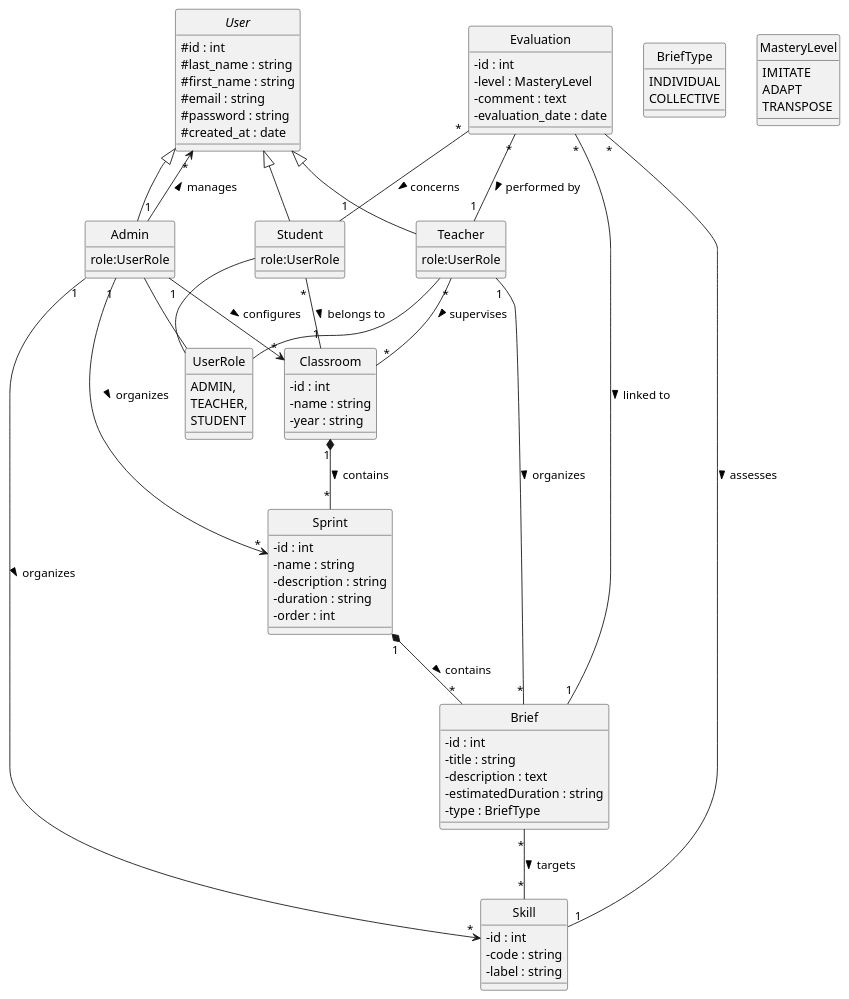
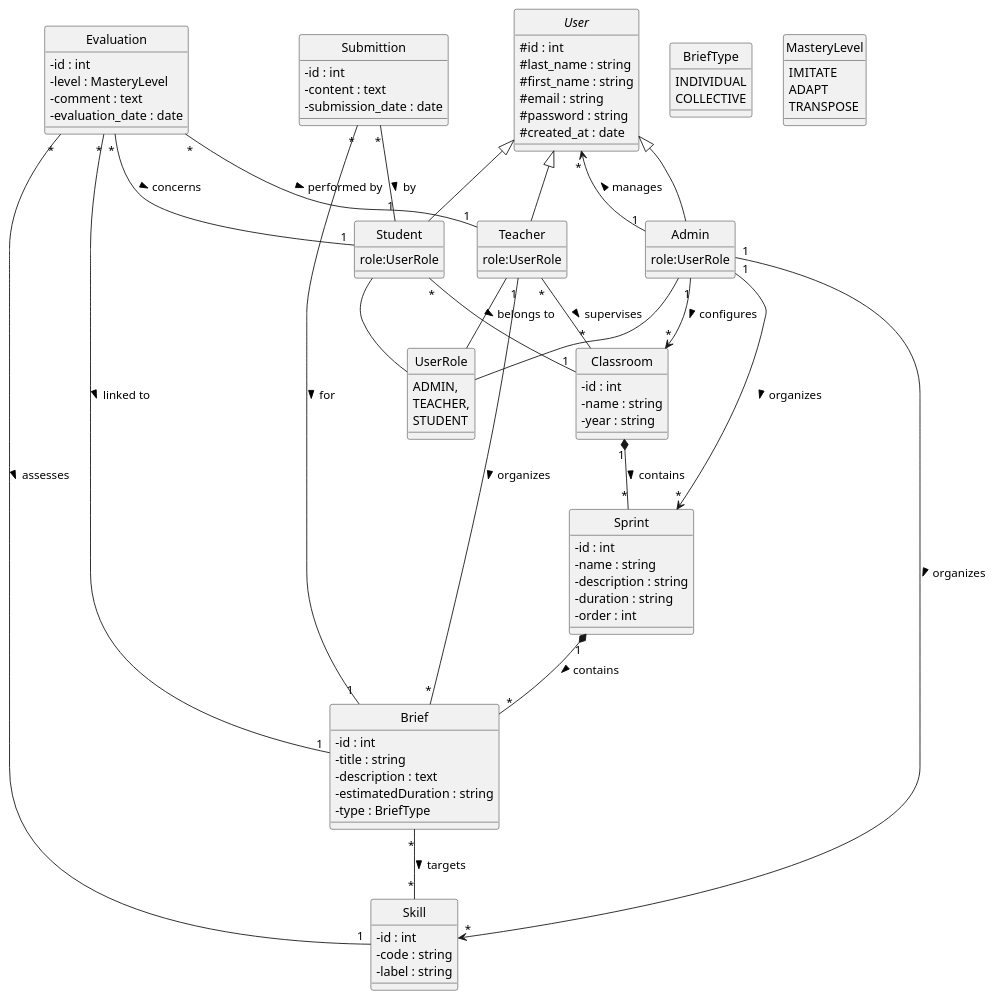
One commit to alimouad/system_Debriefing_php changed the diagram in Diagrammes/diagramme_class.puml. Above: the diagram before and after it, drawn with PlantUML. The commit also changed 70 other files, not shown here.

```diff
--- a/Diagrammes/diagramme_class.puml
+++ b/Diagrammes/diagramme_class.puml
@@ -1,112 +1,120 @@
 @startuml
 skinparam style strictuml
 skinparam classAttributeIconSize 0
 
 ' --- Abstract Class and Users ---
 abstract class User {
     # id : int
     # last_name : string
     # first_name : string
     # email : string
     # password : string
     # created_at : date
 }
 
 class Admin {
     role:UserRole
 }
 
 class Teacher {
       role:UserRole
 }
 
 class Student {
     role:UserRole
 }
  enum UserRole{
         ADMIN,
         TEACHER,
         STUDENT
 }
 
 ' Inheritance
 User <|-- Admin
 User <|-- Teacher
 User <|-- Student
 
 Admin -- UserRole
 Teacher -- UserRole
 Student -- UserRole
 
 
 ' --- Pedagogical Structure ---
 class Classroom {
     - id : int
     - name : string
     - year : string
 }
 
 class Sprint {
     - id : int
     - name : string
     - description : string
     - duration : string
     - order : int
 }
 
 class Brief {
     - id : int
     - title : string
     - description : text
     - estimatedDuration : string
     - type : BriefType
 }
 
 enum BriefType {
     INDIVIDUAL
     COLLECTIVE
 }
 
 class Skill {
     - id : int
     - code : string
     - label : string
 }
 
+class Submittion {
+    - id : int
+    - content : text
+    - submission_date : date
+}
+
 ' --- Evaluation and History ---
 class Evaluation {
     - id : int
     - level : MasteryLevel
     - comment : text
     - evaluation_date : date
 }
 
 
 
 enum MasteryLevel {
     IMITATE
     ADAPT
     TRANSPOSE
 }
 
 ' --- Relationships ---
 Admin "1" --> "*" User : manages >
 Admin "1" --> "*" Classroom : configures >
 Admin "1" --> "*" Sprint : organizes >
 Admin "1" --> "*" Skill : organizes >
 
 Classroom "1" *-- "*" Sprint : contains >
 Sprint "1" *-- "*" Brief : contains >
 
 Brief "*" -- "*" Skill : targets >
 
 Teacher "*" -- "*" Classroom : supervises >
 Teacher "1" -- "*" Brief : organizes >
 Student "*" -- "1" Classroom : belongs to >
+Submittion "*" -- "1" Brief : for >
+Submittion "*" -- "1" Student : by >
 
 Evaluation "*" -- "1" Student : concerns >
 Evaluation "*" -- "1" Brief : linked to >
 Evaluation "*" -- "1" Skill : assesses >
 Evaluation "*" -- "1" Teacher : performed by >
 
 @enduml
```
